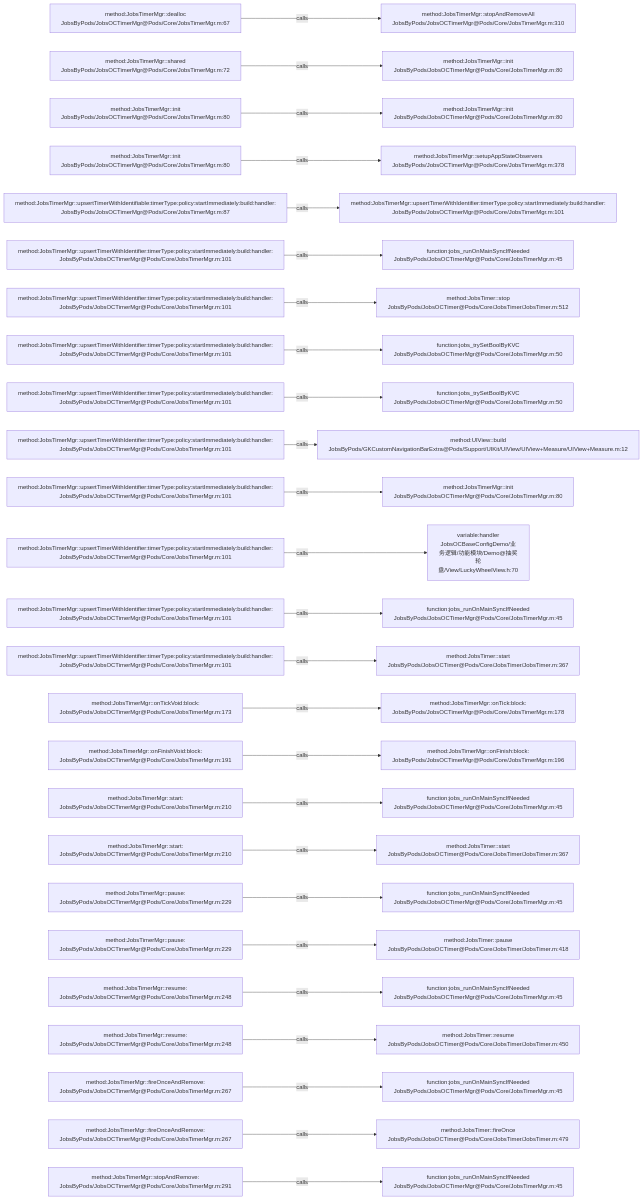
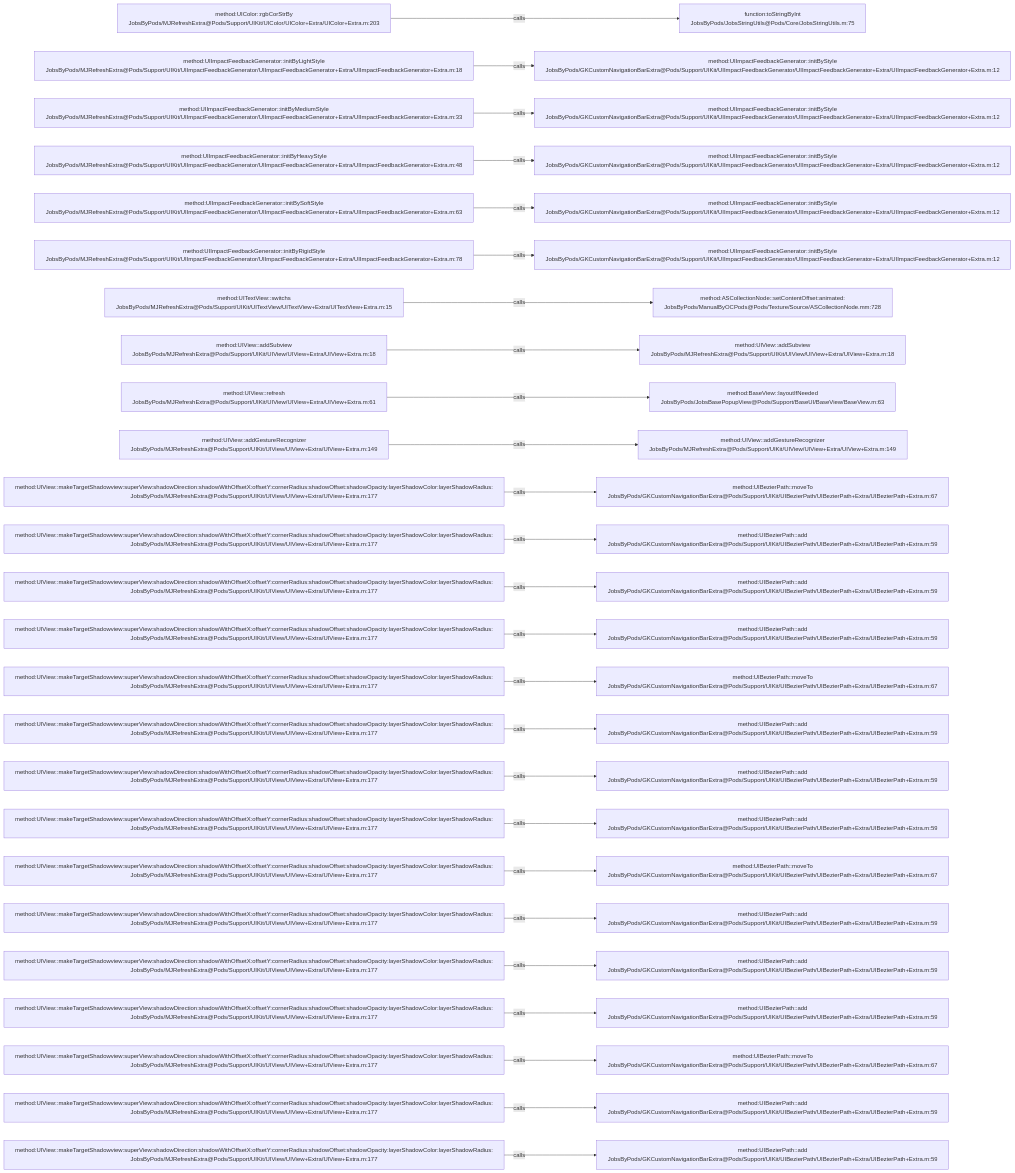
Before and after one commit to JobsKits/JobsOCBaseConfigDemo: the diagram in .codegraph/codegraph.md/graphs/calls-182.md, drawn with Mermaid. The commit also changed 1026 other files, not shown here.

````diff
--- a/.codegraph/codegraph.md/graphs/calls-182.md
+++ b/.codegraph/codegraph.md/graphs/calls-182.md
@@ -13,78 +13,78 @@
 ```mermaid
 flowchart LR
-  S1["method:JobsTimerMgr::dealloc<br/>JobsByPods/JobsOCTimerMgr@Pods/Core/JobsTimerMgr.m:67"]
-  T1["method:JobsTimerMgr::stopAndRemoveAll<br/>JobsByPods/JobsOCTimerMgr@Pods/Core/JobsTimerMgr.m:310"]
+  S1["method:UIColor::rgbCorStrBy<br/>JobsByPods/MJRefreshExtra@Pods/Support/UIKit/UIColor/UIColor+Extra/UIColor+Extra.m:203"]
+  T1["function:toStringByInt<br/>JobsByPods/JobsStringUtils@Pods/Core/JobsStringUtils.m:75"]
   S1 -->|calls| T1
-  S2["method:JobsTimerMgr::shared<br/>JobsByPods/JobsOCTimerMgr@Pods/Core/JobsTimerMgr.m:72"]
-  T2["method:JobsTimerMgr::init<br/>JobsByPods/JobsOCTimerMgr@Pods/Core/JobsTimerMgr.m:80"]
+  S2["method:UIImpactFeedbackGenerator::initByLightStyle<br/>JobsByPods/MJRefreshExtra@Pods/Support/UIKit/UIImpactFeedbackGenerator/UIImpactFeedbackGenerator+Extra/UIImpactFeedbackGenerator+Extra.m:18"]
+  T2["method:UIImpactFeedbackGenerator::initByStyle<br/>JobsByPods/GKCustomNavigationBarExtra@Pods/Support/UIKit/UIImpactFeedbackGenerator/UIImpactFeedbackGenerator+Extra/UIImpactFeedbackGenerator+Extra.m:12"]
   S2 -->|calls| T2
-  S3["method:JobsTimerMgr::init<br/>JobsByPods/JobsOCTimerMgr@Pods/Core/JobsTimerMgr.m:80"]
-  T3["method:JobsTimerMgr::init<br/>JobsByPods/JobsOCTimerMgr@Pods/Core/JobsTimerMgr.m:80"]
+  S3["method:UIImpactFeedbackGenerator::initByMediumStyle<br/>JobsByPods/MJRefreshExtra@Pods/Support/UIKit/UIImpactFeedbackGenerator/UIImpactFeedbackGenerator+Extra/UIImpactFeedbackGenerator+Extra.m:33"]
+  T3["method:UIImpactFeedbackGenerator::initByStyle<br/>JobsByPods/GKCustomNavigationBarExtra@Pods/Support/UIKit/UIImpactFeedbackGenerator/UIImpactFeedbackGenerator+Extra/UIImpactFeedbackGenerator+Extra.m:12"]
   S3 -->|calls| T3
-  S4["method:JobsTimerMgr::init<br/>JobsByPods/JobsOCTimerMgr@Pods/Core/JobsTimerMgr.m:80"]
-  T4["method:JobsTimerMgr::setupAppStateObservers<br/>JobsByPods/JobsOCTimerMgr@Pods/Core/JobsTimerMgr.m:378"]
+  S4["method:UIImpactFeedbackGenerator::initByHeavyStyle<br/>JobsByPods/MJRefreshExtra@Pods/Support/UIKit/UIImpactFeedbackGenerator/UIImpactFeedbackGenerator+Extra/UIImpactFeedbackGenerator+Extra.m:48"]
+  T4["method:UIImpactFeedbackGenerator::initByStyle<br/>JobsByPods/GKCustomNavigationBarExtra@Pods/Support/UIKit/UIImpactFeedbackGenerator/UIImpactFeedbackGenerator+Extra/UIImpactFeedbackGenerator+Extra.m:12"]
   S4 -->|calls| T4
-  S5["method:JobsTimerMgr::upsertTimerWithIdentifiable:timerType:policy:startImmediately:build:handler:<br/>JobsByPods/JobsOCTimerMgr@Pods/Core/JobsTimerMgr.m:87"]
-  T5["method:JobsTimerMgr::upsertTimerWithIdentifier:timerType:policy:startImmediately:build:handler:<br/>JobsByPods/JobsOCTimerMgr@Pods/Core/JobsTimerMgr.m:101"]
+  S5["method:UIImpactFeedbackGenerator::initBySoftStyle<br/>JobsByPods/MJRefreshExtra@Pods/Support/UIKit/UIImpactFeedbackGenerator/UIImpactFeedbackGenerator+Extra/UIImpactFeedbackGenerator+Extra.m:63"]
+  T5["method:UIImpactFeedbackGenerator::initByStyle<br/>JobsByPods/GKCustomNavigationBarExtra@Pods/Support/UIKit/UIImpactFeedbackGenerator/UIImpactFeedbackGenerator+Extra/UIImpactFeedbackGenerator+Extra.m:12"]
   S5 -->|calls| T5
-  S6["method:JobsTimerMgr::upsertTimerWithIdentifier:timerType:policy:startImmediately:build:handler:<br/>JobsByPods/JobsOCTimerMgr@Pods/Core/JobsTimerMgr.m:101"]
-  T6["function:jobs_runOnMainSyncIfNeeded<br/>JobsByPods/JobsOCTimerMgr@Pods/Core/JobsTimerMgr.m:45"]
+  S6["method:UIImpactFeedbackGenerator::initByRigidStyle<br/>JobsByPods/MJRefreshExtra@Pods/Support/UIKit/UIImpactFeedbackGenerator/UIImpactFeedbackGenerator+Extra/UIImpactFeedbackGenerator+Extra.m:78"]
+  T6["method:UIImpactFeedbackGenerator::initByStyle<br/>JobsByPods/GKCustomNavigationBarExtra@Pods/Support/UIKit/UIImpactFeedbackGenerator/UIImpactFeedbackGenerator+Extra/UIImpactFeedbackGenerator+Extra.m:12"]
   S6 -->|calls| T6
-  S7["method:JobsTimerMgr::upsertTimerWithIdentifier:timerType:policy:startImmediately:build:handler:<br/>JobsByPods/JobsOCTimerMgr@Pods/Core/JobsTimerMgr.m:101"]
-  T7["method:JobsTimer::stop<br/>JobsByPods/JobsOCTimer@Pods/Core/JobsTimer/JobsTimer.m:512"]
+  S7["method:UITextView::switchs<br/>JobsByPods/MJRefreshExtra@Pods/Support/UIKit/UITextView/UITextView+Extra/UITextView+Extra.m:15"]
+  T7["method:ASCollectionNode::setContentOffset:animated:<br/>JobsByPods/ManualByOCPods@Pods/Texture/Source/ASCollectionNode.mm:728"]
   S7 -->|calls| T7
-  S8["method:JobsTimerMgr::upsertTimerWithIdentifier:timerType:policy:startImmediately:build:handler:<br/>JobsByPods/JobsOCTimerMgr@Pods/Core/JobsTimerMgr.m:101"]
-  T8["function:jobs_trySetBoolByKVC<br/>JobsByPods/JobsOCTimerMgr@Pods/Core/JobsTimerMgr.m:50"]
+  S8["method:UIView::addSubview<br/>JobsByPods/MJRefreshExtra@Pods/Support/UIKit/UIView/UIView+Extra/UIView+Extra.m:18"]
+  T8["method:UIView::addSubview<br/>JobsByPods/MJRefreshExtra@Pods/Support/UIKit/UIView/UIView+Extra/UIView+Extra.m:18"]
   S8 -->|calls| T8
-  S9["method:JobsTimerMgr::upsertTimerWithIdentifier:timerType:policy:startImmediately:build:handler:<br/>JobsByPods/JobsOCTimerMgr@Pods/Core/JobsTimerMgr.m:101"]
-  T9["function:jobs_trySetBoolByKVC<br/>JobsByPods/JobsOCTimerMgr@Pods/Core/JobsTimerMgr.m:50"]
+  S9["method:UIView::refresh<br/>JobsByPods/MJRefreshExtra@Pods/Support/UIKit/UIView/UIView+Extra/UIView+Extra.m:61"]
+  T9["method:BaseView::layoutIfNeeded<br/>JobsByPods/JobsBasePopupView@Pods/Support/BaseUI/BaseView/BaseView.m:63"]
   S9 -->|calls| T9
-  S10["method:JobsTimerMgr::upsertTimerWithIdentifier:timerType:policy:startImmediately:build:handler:<br/>JobsByPods/JobsOCTimerMgr@Pods/Core/JobsTimerMgr.m:101"]
-  T10["method:UIView::build<br/>JobsByPods/GKCustomNavigationBarExtra@Pods/Support/UIKit/UIView/UIView+Measure/UIView+Measure.m:12"]
+  S10["method:UIView::addGestureRecognizer<br/>JobsByPods/MJRefreshExtra@Pods/Support/UIKit/UIView/UIView+Extra/UIView+Extra.m:149"]
+  T10["method:UIView::addGestureRecognizer<br/>JobsByPods/MJRefreshExtra@Pods/Support/UIKit/UIView/UIView+Extra/UIView+Extra.m:149"]
   S10 -->|calls| T10
-  S11["method:JobsTimerMgr::upsertTimerWithIdentifier:timerType:policy:startImmediately:build:handler:<br/>JobsByPods/JobsOCTimerMgr@Pods/Core/JobsTimerMgr.m:101"]
-  T11["method:JobsTimerMgr::init<br/>JobsByPods/JobsOCTimerMgr@Pods/Core/JobsTimerMgr.m:80"]
+  S11["method:UIView::makeTargetShadowview:superView:shadowDirection:shadowWithOffsetX:offsetY:cornerRadius:shadowOffset:shadowOpacity:layerShadowColor:layerShadowRadius:<br/>JobsByPods/MJRefreshExtra@Pods/Support/UIKit/UIView/UIView+Extra/UIView+Extra.m:177"]
+  T11["method:UIBezierPath::moveTo<br/>JobsByPods/GKCustomNavigationBarExtra@Pods/Support/UIKit/UIBezierPath/UIBezierPath+Extra/UIBezierPath+Extra.m:67"]
   S11 -->|calls| T11
-  S12["method:JobsTimerMgr::upsertTimerWithIdentifier:timerType:policy:startImmediately:build:handler:<br/>JobsByPods/JobsOCTimerMgr@Pods/Core/JobsTimerMgr.m:101"]
-  T12["variable:handler<br/>JobsOCBaseConfigDemo/业务逻辑/功能模块/Demo@抽奖轮盘/View/LuckyWheelView.h:70"]
+  S12["method:UIView::makeTargetShadowview:superView:shadowDirection:shadowWithOffsetX:offsetY:cornerRadius:shadowOffset:shadowOpacity:layerShadowColor:layerShadowRadius:<br/>JobsByPods/MJRefreshExtra@Pods/Support/UIKit/UIView/UIView+Extra/UIView+Extra.m:177"]
+  T12["method:UIBezierPath::add<br/>JobsByPods/GKCustomNavigationBarExtra@Pods/Support/UIKit/UIBezierPath/UIBezierPath+Extra/UIBezierPath+Extra.m:59"]
   S12 -->|calls| T12
-  S13["method:JobsTimerMgr::upsertTimerWithIdentifier:timerType:policy:startImmediately:build:handler:<br/>JobsByPods/JobsOCTimerMgr@Pods/Core/JobsTimerMgr.m:101"]
-  T13["function:jobs_runOnMainSyncIfNeeded<br/>JobsByPods/JobsOCTimerMgr@Pods/Core/JobsTimerMgr.m:45"]
+  S13["method:UIView::makeTargetShadowview:superView:shadowDirection:shadowWithOffsetX:offsetY:cornerRadius:shadowOffset:shadowOpacity:layerShadowColor:layerShadowRadius:<br/>JobsByPods/MJRefreshExtra@Pods/Support/UIKit/UIView/UIView+Extra/UIView+Extra.m:177"]
+  T13["method:UIBezierPath::add<br/>JobsByPods/GKCustomNavigationBarExtra@Pods/Support/UIKit/UIBezierPath/UIBezierPath+Extra/UIBezierPath+Extra.m:59"]
   S13 -->|calls| T13
-  S14["method:JobsTimerMgr::upsertTimerWithIdentifier:timerType:policy:startImmediately:build:handler:<br/>JobsByPods/JobsOCTimerMgr@Pods/Core/JobsTimerMgr.m:101"]
-  T14["method:JobsTimer::start<br/>JobsByPods/JobsOCTimer@Pods/Core/JobsTimer/JobsTimer.m:367"]
+  S14["method:UIView::makeTargetShadowview:superView:shadowDirection:shadowWithOffsetX:offsetY:cornerRadius:shadowOffset:shadowOpacity:layerShadowColor:layerShadowRadius:<br/>JobsByPods/MJRefreshExtra@Pods/Support/UIKit/UIView/UIView+Extra/UIView+Extra.m:177"]
+  T14["method:UIBezierPath::add<br/>JobsByPods/GKCustomNavigationBarExtra@Pods/Support/UIKit/UIBezierPath/UIBezierPath+Extra/UIBezierPath+Extra.m:59"]
   S14 -->|calls| T14
-  S15["method:JobsTimerMgr::onTickVoid:block:<br/>JobsByPods/JobsOCTimerMgr@Pods/Core/JobsTimerMgr.m:173"]
-  T15["method:JobsTimerMgr::onTick:block:<br/>JobsByPods/JobsOCTimerMgr@Pods/Core/JobsTimerMgr.m:178"]
+  S15["method:UIView::makeTargetShadowview:superView:shadowDirection:shadowWithOffsetX:offsetY:cornerRadius:shadowOffset:shadowOpacity:layerShadowColor:layerShadowRadius:<br/>JobsByPods/MJRefreshExtra@Pods/Support/UIKit/UIView/UIView+Extra/UIView+Extra.m:177"]
+  T15["method:UIBezierPath::moveTo<br/>JobsByPods/GKCustomNavigationBarExtra@Pods/Support/UIKit/UIBezierPath/UIBezierPath+Extra/UIBezierPath+Extra.m:67"]
   S15 -->|calls| T15
-  S16["method:JobsTimerMgr::onFinishVoid:block:<br/>JobsByPods/JobsOCTimerMgr@Pods/Core/JobsTimerMgr.m:191"]
-  T16["method:JobsTimerMgr::onFinish:block:<br/>JobsByPods/JobsOCTimerMgr@Pods/Core/JobsTimerMgr.m:196"]
+  S16["method:UIView::makeTargetShadowview:superView:shadowDirection:shadowWithOffsetX:offsetY:cornerRadius:shadowOffset:shadowOpacity:layerShadowColor:layerShadowRadius:<br/>JobsByPods/MJRefreshExtra@Pods/Support/UIKit/UIView/UIView+Extra/UIView+Extra.m:177"]
+  T16["method:UIBezierPath::add<br/>JobsByPods/GKCustomNavigationBarExtra@Pods/Support/UIKit/UIBezierPath/UIBezierPath+Extra/UIBezierPath+Extra.m:59"]
   S16 -->|calls| T16
-  S17["method:JobsTimerMgr::start:<br/>JobsByPods/JobsOCTimerMgr@Pods/Core/JobsTimerMgr.m:210"]
-  T17["function:jobs_runOnMainSyncIfNeeded<br/>JobsByPods/JobsOCTimerMgr@Pods/Core/JobsTimerMgr.m:45"]
+  S17["method:UIView::makeTargetShadowview:superView:shadowDirection:shadowWithOffsetX:offsetY:cornerRadius:shadowOffset:shadowOpacity:layerShadowColor:layerShadowRadius:<br/>JobsByPods/MJRefreshExtra@Pods/Support/UIKit/UIView/UIView+Extra/UIView+Extra.m:177"]
+  T17["method:UIBezierPath::add<br/>JobsByPods/GKCustomNavigationBarExtra@Pods/Support/UIKit/UIBezierPath/UIBezierPath+Extra/UIBezierPath+Extra.m:59"]
   S17 -->|calls| T17
-  S18["method:JobsTimerMgr::start:<br/>JobsByPods/JobsOCTimerMgr@Pods/Core/JobsTimerMgr.m:210"]
-  T18["method:JobsTimer::start<br/>JobsByPods/JobsOCTimer@Pods/Core/JobsTimer/JobsTimer.m:367"]
+  S18["method:UIView::makeTargetShadowview:superView:shadowDirection:shadowWithOffsetX:offsetY:cornerRadius:shadowOffset:shadowOpacity:layerShadowColor:layerShadowRadius:<br/>JobsByPods/MJRefreshExtra@Pods/Support/UIKit/UIView/UIView+Extra/UIView+Extra.m:177"]
+  T18["method:UIBezierPath::add<br/>JobsByPods/GKCustomNavigationBarExtra@Pods/Support/UIKit/UIBezierPath/UIBezierPath+Extra/UIBezierPath+Extra.m:59"]
   S18 -->|calls| T18
-  S19["method:JobsTimerMgr::pause:<br/>JobsByPods/JobsOCTimerMgr@Pods/Core/JobsTimerMgr.m:229"]
-  T19["function:jobs_runOnMainSyncIfNeeded<br/>JobsByPods/JobsOCTimerMgr@Pods/Core/JobsTimerMgr.m:45"]
+  S19["method:UIView::makeTargetShadowview:superView:shadowDirection:shadowWithOffsetX:offsetY:cornerRadius:shadowOffset:shadowOpacity:layerShadowColor:layerShadowRadius:<br/>JobsByPods/MJRefreshExtra@Pods/Support/UIKit/UIView/UIView+Extra/UIView+Extra.m:177"]
+  T19["method:UIBezierPath::moveTo<br/>JobsByPods/GKCustomNavigationBarExtra@Pods/Support/UIKit/UIBezierPath/UIBezierPath+Extra/UIBezierPath+Extra.m:67"]
   S19 -->|calls| T19
-  S20["method:JobsTimerMgr::pause:<br/>JobsByPods/JobsOCTimerMgr@Pods/Core/JobsTimerMgr.m:229"]
-  T20["method:JobsTimer::pause<br/>JobsByPods/JobsOCTimer@Pods/Core/JobsTimer/JobsTimer.m:418"]
+  S20["method:UIView::makeTargetShadowview:superView:shadowDirection:shadowWithOffsetX:offsetY:cornerRadius:shadowOffset:shadowOpacity:layerShadowColor:layerShadowRadius:<br/>JobsByPods/MJRefreshExtra@Pods/Support/UIKit/UIView/UIView+Extra/UIView+Extra.m:177"]
+  T20["method:UIBezierPath::add<br/>JobsByPods/GKCustomNavigationBarExtra@Pods/Support/UIKit/UIBezierPath/UIBezierPath+Extra/UIBezierPath+Extra.m:59"]
   S20 -->|calls| T20
-  S21["method:JobsTimerMgr::resume:<br/>JobsByPods/JobsOCTimerMgr@Pods/Core/JobsTimerMgr.m:248"]
-  T21["function:jobs_runOnMainSyncIfNeeded<br/>JobsByPods/JobsOCTimerMgr@Pods/Core/JobsTimerMgr.m:45"]
+  S21["method:UIView::makeTargetShadowview:superView:shadowDirection:shadowWithOffsetX:offsetY:cornerRadius:shadowOffset:shadowOpacity:layerShadowColor:layerShadowRadius:<br/>JobsByPods/MJRefreshExtra@Pods/Support/UIKit/UIView/UIView+Extra/UIView+Extra.m:177"]
+  T21["method:UIBezierPath::add<br/>JobsByPods/GKCustomNavigationBarExtra@Pods/Support/UIKit/UIBezierPath/UIBezierPath+Extra/UIBezierPath+Extra.m:59"]
   S21 -->|calls| T21
-  S22["method:JobsTimerMgr::resume:<br/>JobsByPods/JobsOCTimerMgr@Pods/Core/JobsTimerMgr.m:248"]
-  T22["method:JobsTimer::resume<br/>JobsByPods/JobsOCTimer@Pods/Core/JobsTimer/JobsTimer.m:450"]
+  S22["method:UIView::makeTargetShadowview:superView:shadowDirection:shadowWithOffsetX:offsetY:cornerRadius:shadowOffset:shadowOpacity:layerShadowColor:layerShadowRadius:<br/>JobsByPods/MJRefreshExtra@Pods/Support/UIKit/UIView/UIView+Extra/UIView+Extra.m:177"]
+  T22["method:UIBezierPath::add<br/>JobsByPods/GKCustomNavigationBarExtra@Pods/Support/UIKit/UIBezierPath/UIBezierPath+Extra/UIBezierPath+Extra.m:59"]
   S22 -->|calls| T22
-  S23["method:JobsTimerMgr::fireOnceAndRemove:<br/>JobsByPods/JobsOCTimerMgr@Pods/Core/JobsTimerMgr.m:267"]
-  T23["function:jobs_runOnMainSyncIfNeeded<br/>JobsByPods/JobsOCTimerMgr@Pods/Core/JobsTimerMgr.m:45"]
+  S23["method:UIView::makeTargetShadowview:superView:shadowDirection:shadowWithOffsetX:offsetY:cornerRadius:shadowOffset:shadowOpacity:layerShadowColor:layerShadowRadius:<br/>JobsByPods/MJRefreshExtra@Pods/Support/UIKit/UIView/UIView+Extra/UIView+Extra.m:177"]
+  T23["method:UIBezierPath::moveTo<br/>JobsByPods/GKCustomNavigationBarExtra@Pods/Support/UIKit/UIBezierPath/UIBezierPath+Extra/UIBezierPath+Extra.m:67"]
   S23 -->|calls| T23
-  S24["method:JobsTimerMgr::fireOnceAndRemove:<br/>JobsByPods/JobsOCTimerMgr@Pods/Core/JobsTimerMgr.m:267"]
-  T24["method:JobsTimer::fireOnce<br/>JobsByPods/JobsOCTimer@Pods/Core/JobsTimer/JobsTimer.m:479"]
+  S24["method:UIView::makeTargetShadowview:superView:shadowDirection:shadowWithOffsetX:offsetY:cornerRadius:shadowOffset:shadowOpacity:layerShadowColor:layerShadowRadius:<br/>JobsByPods/MJRefreshExtra@Pods/Support/UIKit/UIView/UIView+Extra/UIView+Extra.m:177"]
+  T24["method:UIBezierPath::add<br/>JobsByPods/GKCustomNavigationBarExtra@Pods/Support/UIKit/UIBezierPath/UIBezierPath+Extra/UIBezierPath+Extra.m:59"]
   S24 -->|calls| T24
-  S25["method:JobsTimerMgr::stopAndRemove:<br/>JobsByPods/JobsOCTimerMgr@Pods/Core/JobsTimerMgr.m:291"]
-  T25["function:jobs_runOnMainSyncIfNeeded<br/>JobsByPods/JobsOCTimerMgr@Pods/Core/JobsTimerMgr.m:45"]
+  S25["method:UIView::makeTargetShadowview:superView:shadowDirection:shadowWithOffsetX:offsetY:cornerRadius:shadowOffset:shadowOpacity:layerShadowColor:layerShadowRadius:<br/>JobsByPods/MJRefreshExtra@Pods/Support/UIKit/UIView/UIView+Extra/UIView+Extra.m:177"]
+  T25["method:UIBezierPath::add<br/>JobsByPods/GKCustomNavigationBarExtra@Pods/Support/UIKit/UIBezierPath/UIBezierPath+Extra/UIBezierPath+Extra.m:59"]
   S25 -->|calls| T25
 ```
````
